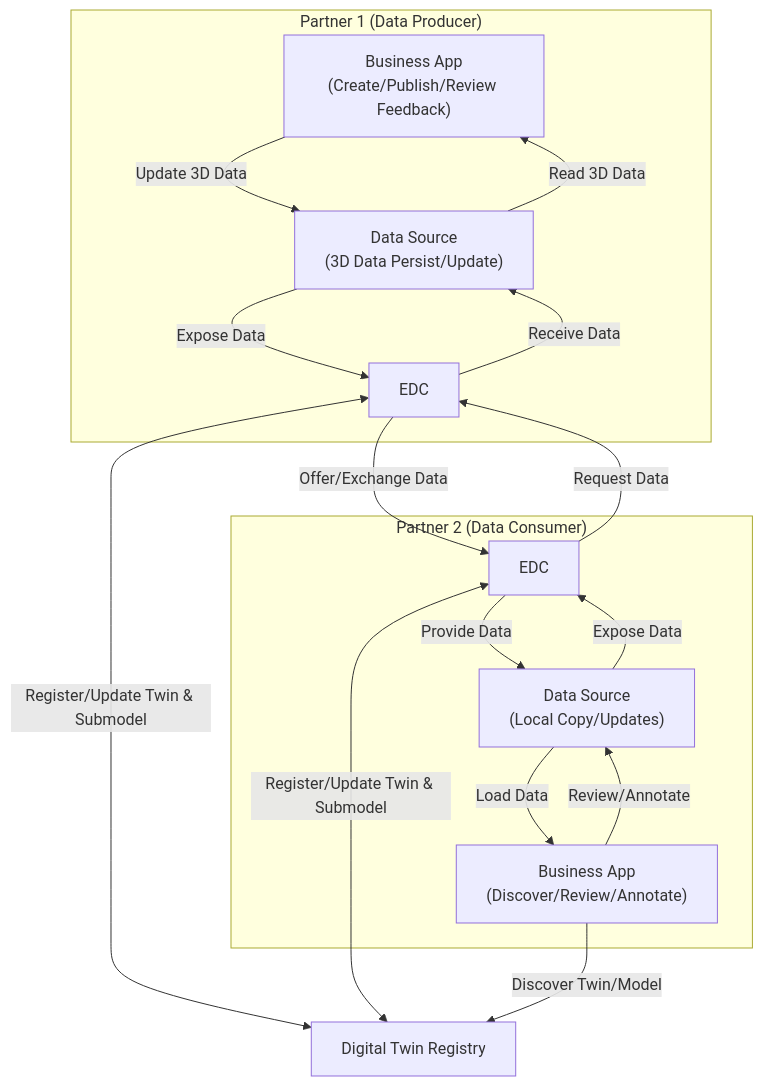
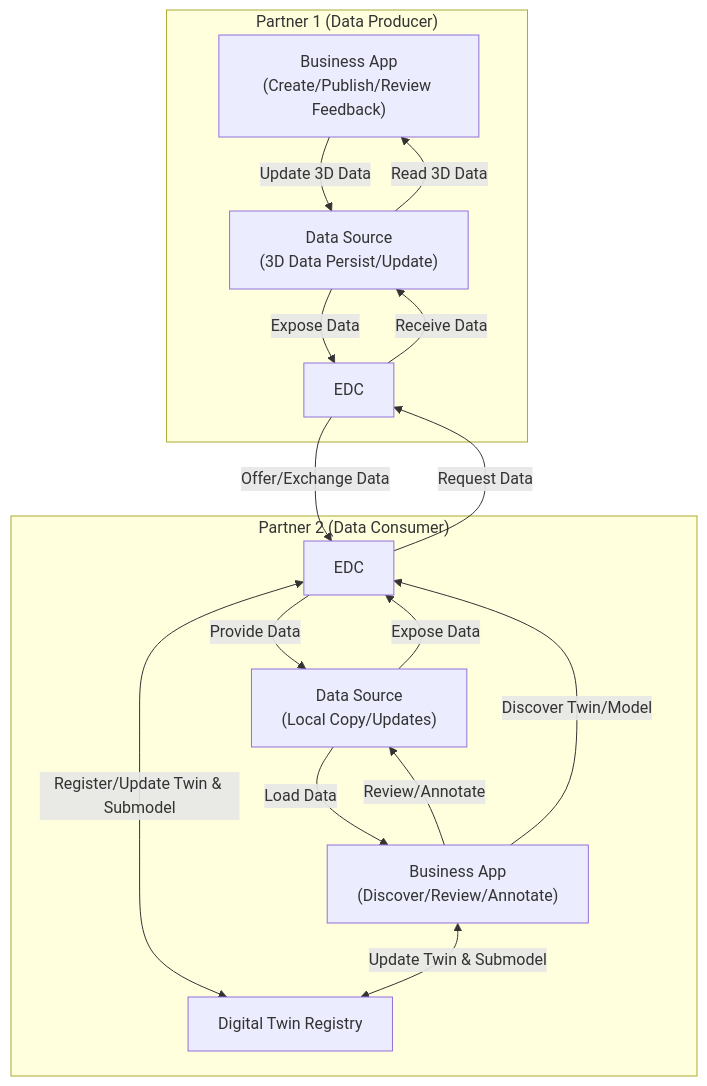
The second of 3 diagrams in docs-kits/kits/geometry-kit/adoption-view.md (MartinEnders/eclipse-tractusx.github.io), drawn with Mermaid before and after one commit.

Commit message:
changed: System Overview Data Flow chart

````diff
--- a/docs-kits/kits/geometry-kit/adoption-view.md
+++ b/docs-kits/kits/geometry-kit/adoption-view.md
@@ -185,39 +185,38 @@
 ```mermaid
 flowchart TB
     subgraph Partner1["Partner 1 (Data Producer)"]
         P1APP["Business App<br/>(Create/Publish/Review Feedback)"]
 		P1DS["Data Source<br/>(3D Data Persist/Update)"]
         P1EDC["EDC"]
         
     end
 
-	DTR["Digital Twin Registry"]
-
     subgraph Partner2["Partner 2 (Data Consumer)"]
         P2APP["Business App<br/>(Discover/Review/Annotate)"]
 		P2DS["Data Source<br/>(Local Copy/Updates)"]
         P2EDC["EDC"]
+		DTR["Digital Twin Registry"]
         
     end
 
     
 
     %% Data Producer Flows
     P1APP -- "Update 3D Data" --> P1DS
 	P1DS -- "Read 3D Data" --> P1APP
-    P1EDC <-- "Register/Update Twin & Submodel" --> DTR
-	P2EDC <-- "Register/Update Twin & Submodel" --> DTR
     P1DS -- "Expose Data" --> P1EDC
 	P1EDC -- "Receive Data" --> P1DS
     P1EDC -- "Offer/Exchange Data" --> P2EDC
 
     %% Data Consumer Flows
+	P2EDC <-- "Register/Update Twin & Submodel" --> DTR
     P2EDC -- "Request Data" --> P1EDC
     P2EDC -- "Provide Data" --> P2DS
     P2DS -- "Expose Data" --> P2EDC
     P2DS -- "Load Data" --> P2APP
     P2APP -- "Review/Annotate" --> P2DS
+    P2APP <-- "Update Twin & Submodel" --> DTR
 
     %% Discovery
-    P2APP -- "Discover Twin/Model" --> DTR
+    P2APP -- "Discover Twin/Model" --> P2EDC
 ```
````
